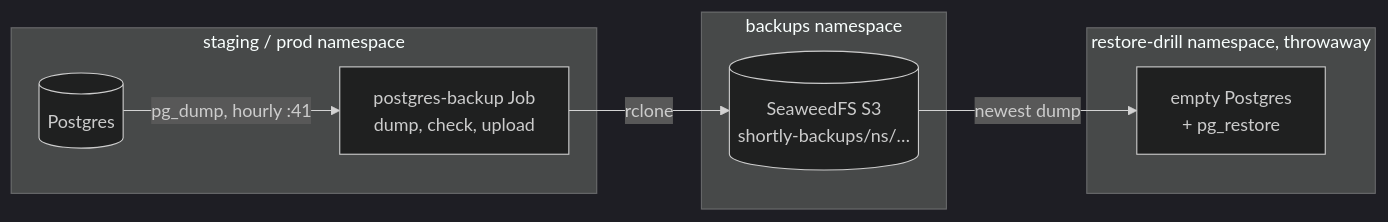
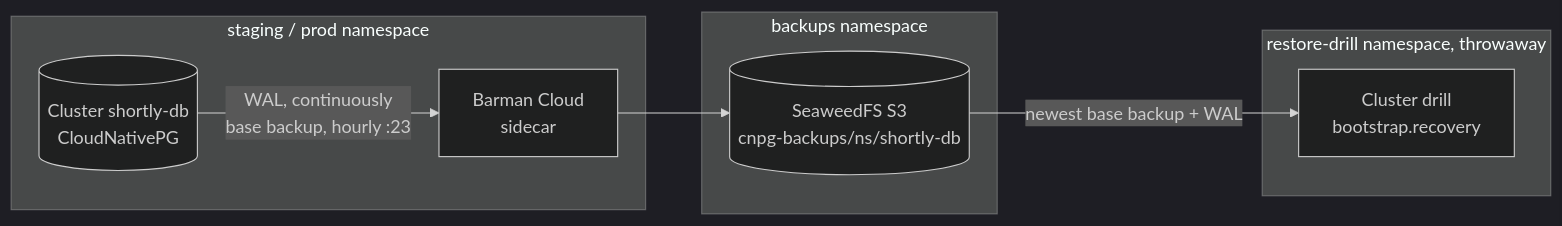
Before and after one commit to easypeasyops/links: the fifth of 10 diagrams in docs/DESIGN.md, drawn with Mermaid (dark theme). The commit also changed other lines of this file and 7 other files, not shown here.

Commit message:
links stops leaning on the old Postgres: an e2e client pod, no import, the pg_dump drill gone (4.3 cleanup) (#122)

````diff
--- a/docs/DESIGN.md
+++ b/docs/DESIGN.md
@@ -346,14 +346,14 @@
 ```mermaid
 flowchart LR
   subgraph app [staging / prod namespace]
-    PG[(Postgres)] -->|pg_dump, hourly :41| Job[postgres-backup Job<br/>dump, check, upload]
+    PG[(Cluster shortly-db<br/>CloudNativePG)] -->|WAL, continuously<br/>base backup, hourly :23| SC[Barman Cloud<br/>sidecar]
   end
   subgraph bk [backups namespace]
-    S3[(SeaweedFS S3<br/>shortly-backups/ns/…)]
+    S3[(SeaweedFS S3<br/>cnpg-backups/ns/shortly-db)]
   end
-  Job -->|rclone| S3
+  SC --> S3
   subgraph drill [restore-drill namespace, throwaway]
-    R[empty Postgres<br/>+ pg_restore] 
+    R[Cluster drill<br/>bootstrap.recovery]
   end
-  S3 -->|newest dump| R
+  S3 -->|newest base backup + WAL| R
 ```
````
